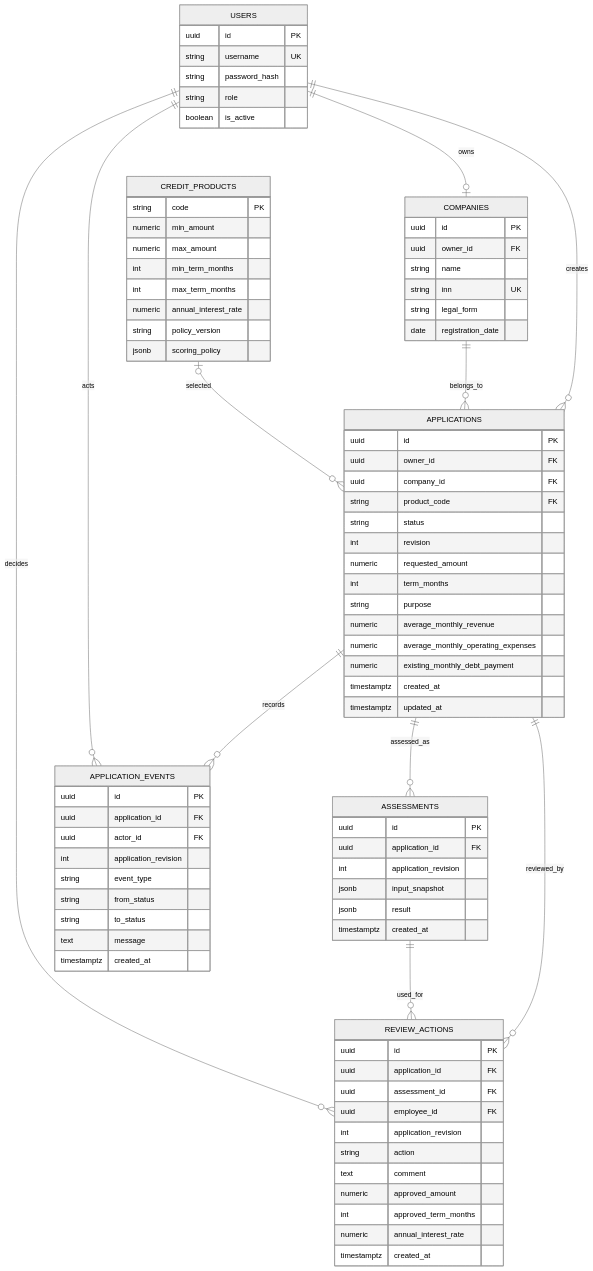
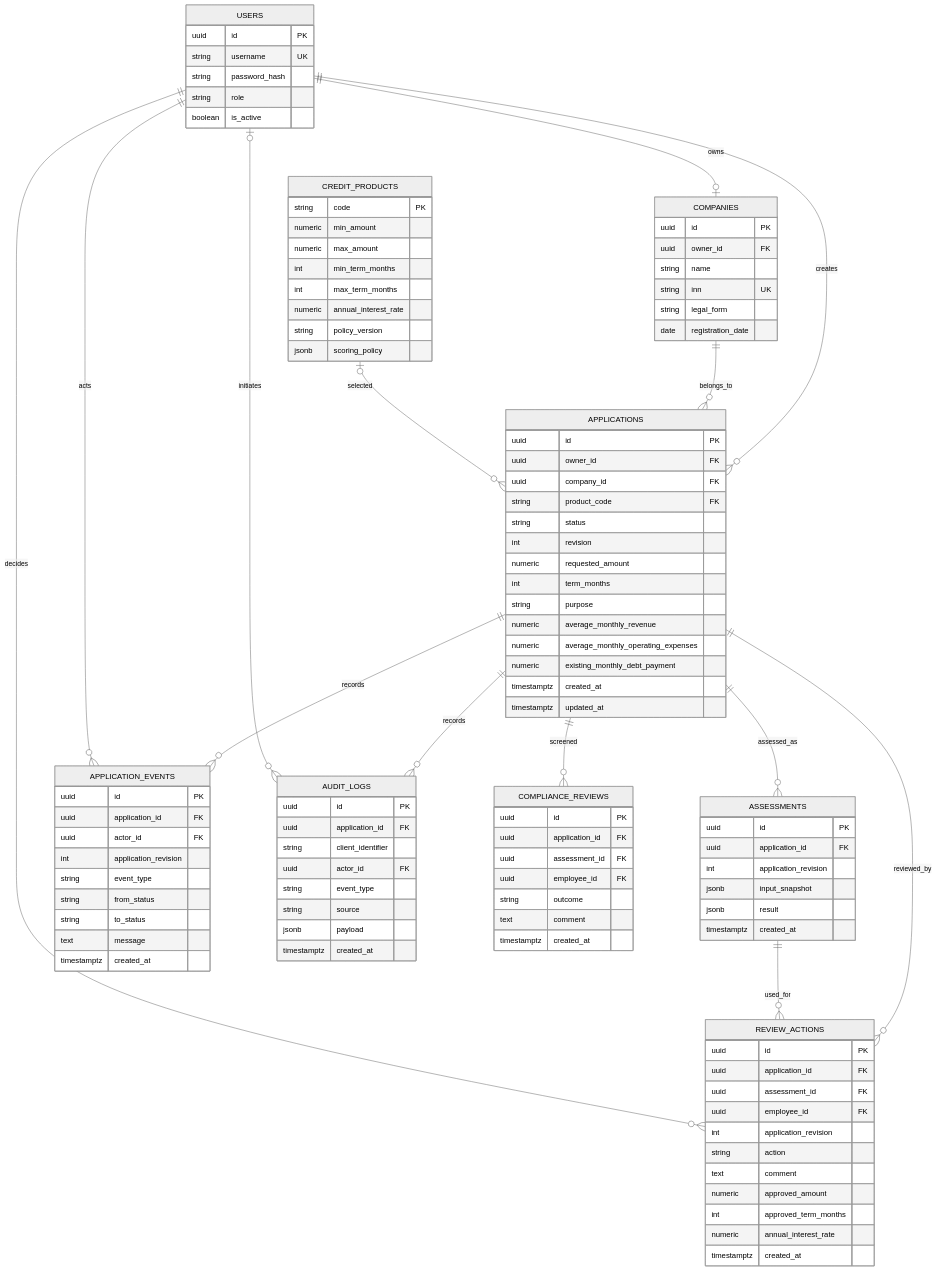
Before and after one commit to ttsbtw/McDonald_AlfaHackathon: the second of 2 diagrams in backend/docs/architecture.md, drawn with Mermaid (neutral theme). The commit also changed other lines of this file and 3 other files, not shown here.

````diff
--- a/backend/docs/architecture.md
+++ b/backend/docs/architecture.md
@@ -23,10 +27,13 @@
     CREDIT_PRODUCTS o|--o{ APPLICATIONS : selected
     APPLICATIONS ||--o{ ASSESSMENTS : assessed_as
     APPLICATIONS ||--o{ APPLICATION_EVENTS : records
+    APPLICATIONS ||--o{ AUDIT_LOGS : records
+    APPLICATIONS ||--o{ COMPLIANCE_REVIEWS : screened
     APPLICATIONS ||--o{ REVIEW_ACTIONS : reviewed_by
     ASSESSMENTS ||--o{ REVIEW_ACTIONS : used_for
     USERS ||--o{ REVIEW_ACTIONS : decides
     USERS ||--o{ APPLICATION_EVENTS : acts
+    USERS o|--o{ AUDIT_LOGS : initiates
     USERS {
         uuid id PK
         string username UK
@@ -100,4 +107,23 @@
         numeric annual_interest_rate
         timestamptz created_at
     }
+    AUDIT_LOGS {
+        uuid id PK
+        uuid application_id FK
+        string client_identifier
+        uuid actor_id FK
+        string event_type
+        string source
+        jsonb payload
+        timestamptz created_at
+    }
+    COMPLIANCE_REVIEWS {
+        uuid id PK
+        uuid application_id FK
+        uuid assessment_id FK
+        uuid employee_id FK
+        string outcome
+        text comment
+        timestamptz created_at
+    }
 ```
````
